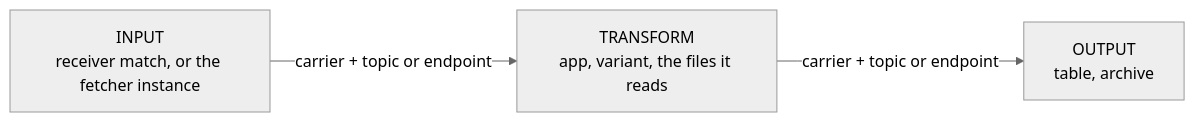
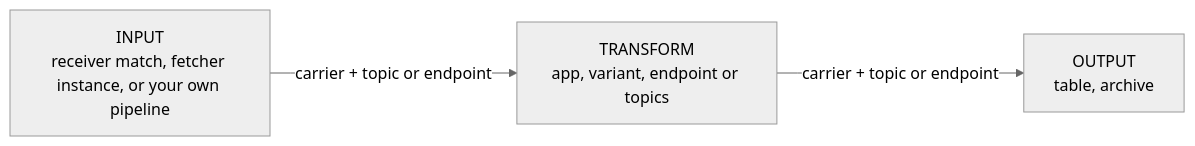
Before and after one commit to hyperi-io/dfe-ui: the second of 2 diagrams in docs/console-and-the-flow.md, drawn with Mermaid (neutral theme). The commit also changed other lines of this file and 15 other files, not shown here.

````diff
--- a/docs/console-and-the-flow.md
+++ b/docs/console-and-the-flow.md
@@ -44,8 +41,8 @@
 ```mermaid
 flowchart LR
-    IN[INPUT<br/>receiver match, or the fetcher instance]
-    TR[TRANSFORM<br/>app, variant, the files it reads]
+    IN[INPUT<br/>receiver match, fetcher instance, or your own pipeline]
+    TR[TRANSFORM<br/>app, variant, endpoint or topics]
     OUT[OUTPUT<br/>table, archive]
     IN -->|carrier + topic or endpoint| TR
     TR -->|carrier + topic or endpoint| OUT
 ```
````
